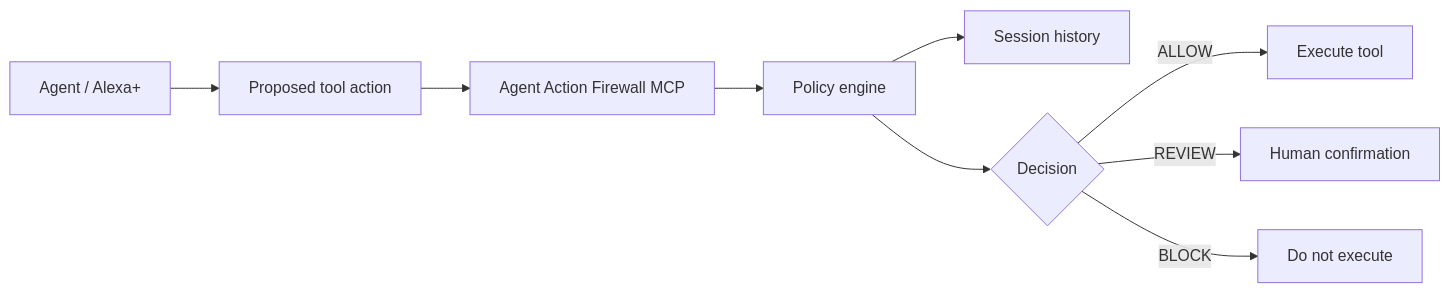
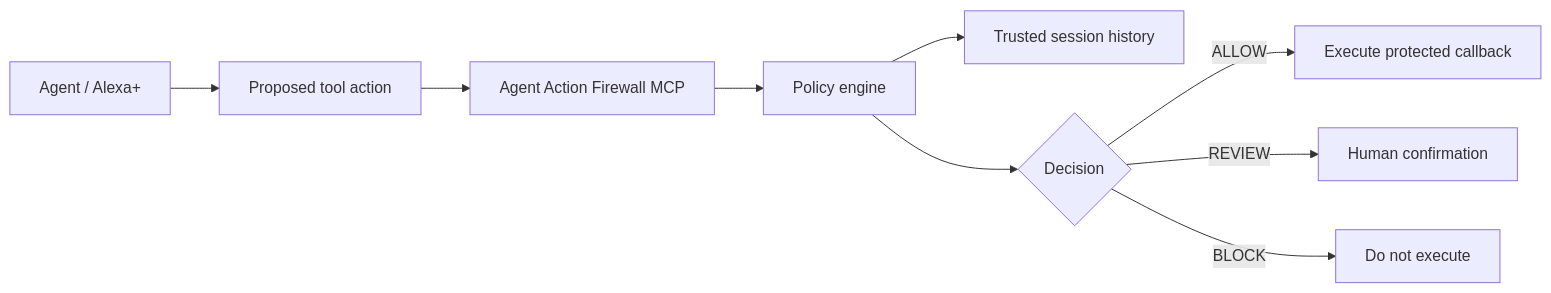
One commit to upramod/agent-action-firewall changed the diagram in README.md. Above: the diagram before and after it, drawn with Mermaid. The commit also changed other lines of this file and 3 other files, not shown here.

````diff
--- a/README.md
+++ b/README.md
@@ -25,11 +25,11 @@
 ```mermaid
 flowchart LR
     A[Agent / Alexa+] --> B[Proposed tool action]
     B --> C[Agent Action Firewall MCP]
     C --> D[Policy engine]
-    D --> E[Session history]
+    D --> E[Trusted session history]
     D --> F{Decision}
-    F -->|ALLOW| G[Execute tool]
+    F -->|ALLOW| G[Execute protected callback]
     F -->|REVIEW| H[Human confirmation]
     F -->|BLOCK| I[Do not execute]
 ```
````
